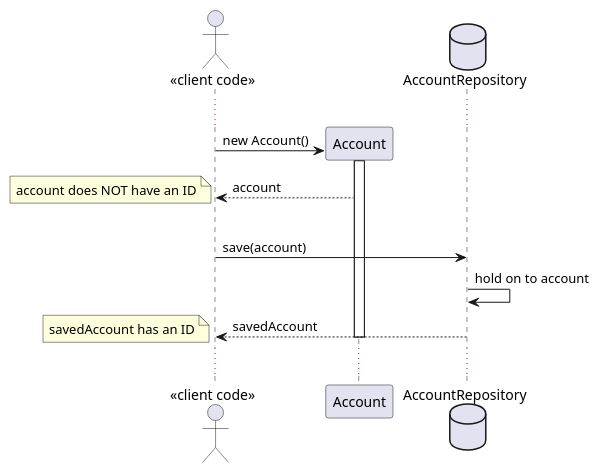
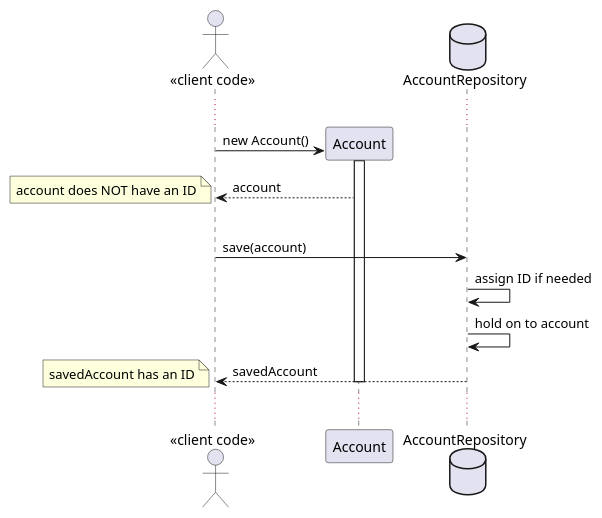
One commit to ted-ncg/labs changed the diagram in account-repository.puml. Above: the diagram before and after it, drawn with PlantUML. The commit also changed 3 other files, not shown here.

```diff
--- a/account-repository.puml
+++ b/account-repository.puml
@@ -1,17 +1,18 @@
 @startuml
 actor Client as "<<client code>>"
 create Account
 database Repo as "AccountRepository"
 ...
 Client -> Account: new Account()
 activate Account
 Client <-- Account: account
 note left: account does NOT have an ID
 |||
 Client -> Repo: save(account)
+Repo -> Repo: assign ID if needed
 Repo -> Repo: hold on to account
 Repo --> Client: savedAccount
 deactivate Account
 note left: savedAccount has an ID
 ...
 @enduml
```
